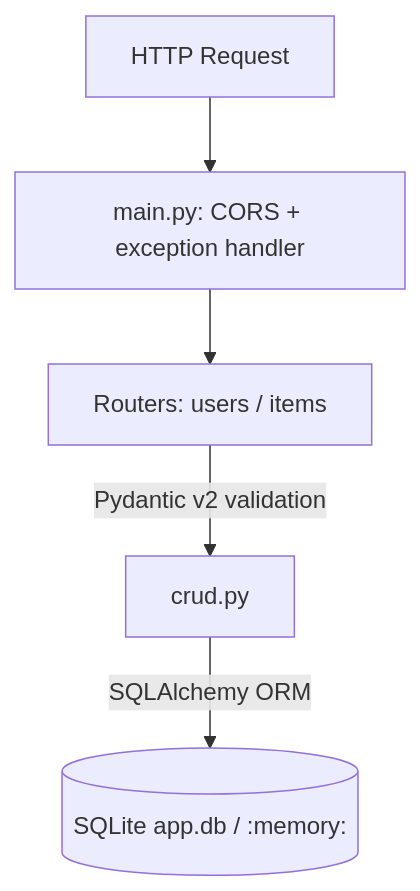
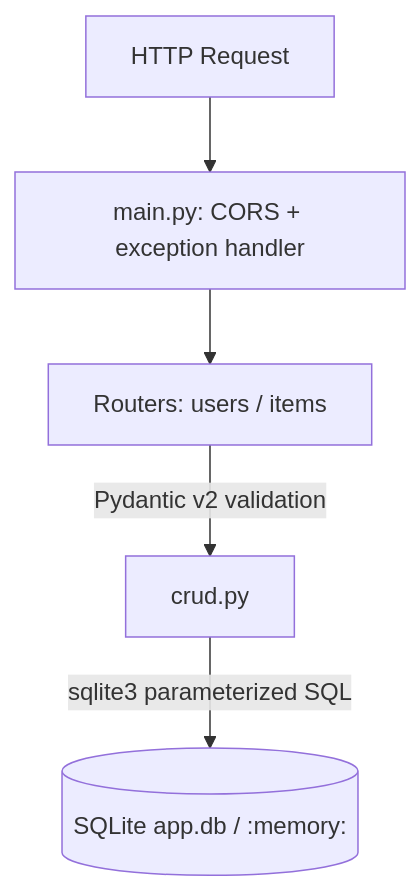
The diagram in README.md (donny-devops/fastapi-starter-kit), drawn with Mermaid before and after one commit. The commit also changed other lines of this file and 29 other files, not shown here.

First line of the commit message:
feat: replace SQLAlchemy with sqlite3 and add Cloudflare mesh origin controls

````diff
--- a/README.md
+++ b/README.md
@@ -29,7 +29,7 @@
 ```mermaid
 flowchart TD
     Req[HTTP Request] --> Main[main.py: CORS + exception handler]
     Main --> RouterL[Routers: users / items]
     RouterL -->|Pydantic v2 validation| Crud[crud.py]
-    Crud -->|SQLAlchemy ORM| DB[(SQLite app.db / :memory:)]
+    Crud -->|sqlite3 parameterized SQL| DB[(SQLite app.db / :memory:)]
 ```
````
